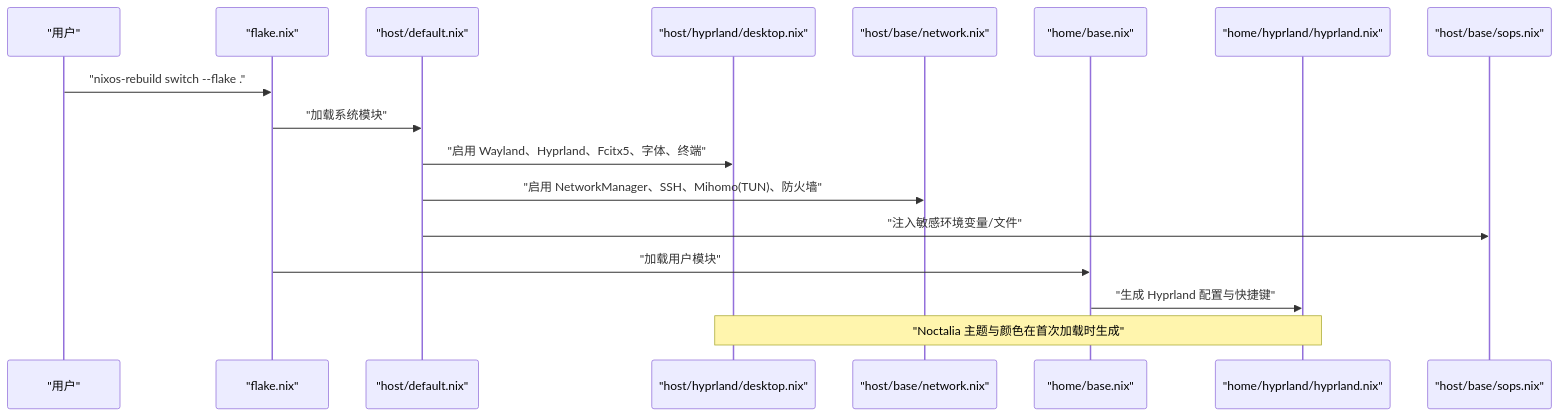
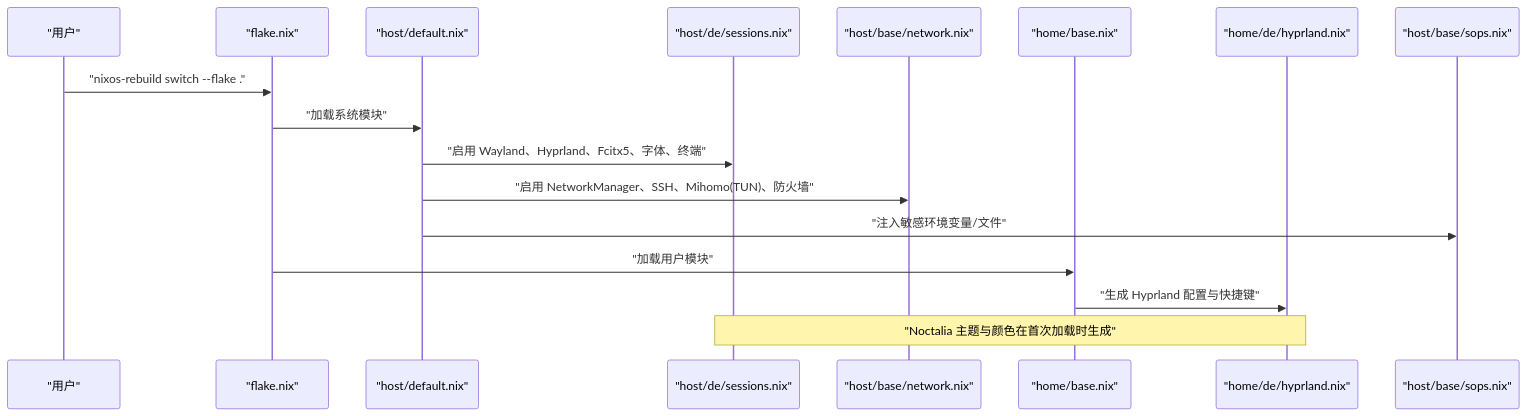
Before and after one commit to Shangshui0302/myNixOSConfig: the second of 2 diagrams in wiki/overview.md, drawn with Mermaid. The commit also changed other lines of this file and 77 other files, not shown here.

````diff
--- a/wiki/overview.md
+++ b/wiki/overview.md
@@ -70,19 +70,19 @@
 ```mermaid
 sequenceDiagram
 participant User as "用户"
 participant Flake as "flake.nix"
 participant Host as "host/default.nix"
-participant Desktop as "host/hyprland/desktop.nix"
+participant Desktop as "host/de/sessions.nix"
 participant Net as "host/base/network.nix"
 participant HM as "home/base.nix"
-participant Hypr as "home/hyprland/hyprland.nix"
+participant Hypr as "home/de/hyprland.nix"
 participant SOPS as "host/base/sops.nix"
 User->>Flake : "nixos-rebuild switch --flake ."
 Flake->>Host : "加载系统模块"
 Host->>Desktop : "启用 Wayland、Hyprland、Fcitx5、字体、终端"
 Host->>Net : "启用 NetworkManager、SSH、Mihomo(TUN)、防火墙"
 Host->>SOPS : "注入敏感环境变量/文件"
 Flake->>HM : "加载用户模块"
 HM->>Hypr : "生成 Hyprland 配置与快捷键"
 Note over Desktop,Hypr : "Noctalia 主题与颜色在首次加载时生成"
 ```
````
